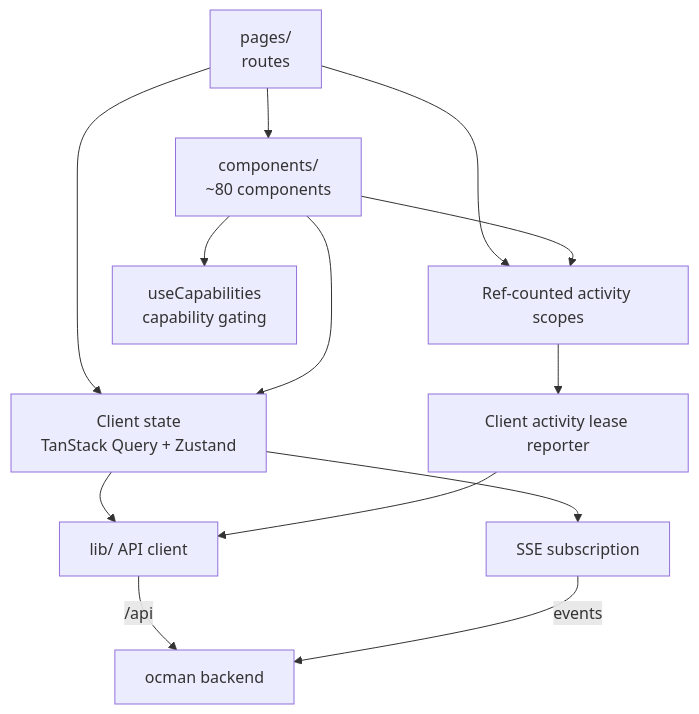
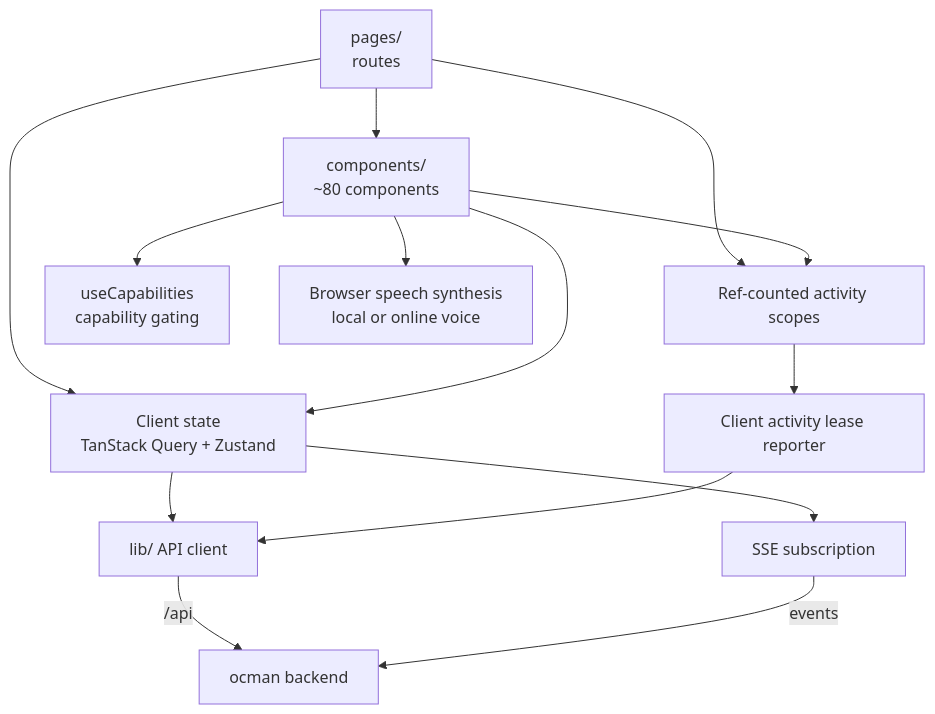
One commit to ocman/ocman changed the fifth of 5 diagrams in docs/other/architecture.md. Above: the diagram before and after it, drawn with Mermaid. The commit also changed other lines of this file and 15 other files, not shown here.

````diff
--- a/docs/other/architecture.md
+++ b/docs/other/architecture.md
@@ -283,15 +283,16 @@
 ```mermaid
 flowchart TD
     Pages[pages/<br/>routes] --> Comp[components/<br/>~80 components]
     Pages --> Stores[Client state<br/>TanStack Query + Zustand]
     Comp --> Stores
     Stores --> API[lib/ API client]
     Stores --> SSE[SSE subscription]
     Pages --> Scopes[Ref-counted activity scopes]
     Comp --> Scopes
     Scopes --> Reporter[Client activity lease reporter]
     Reporter --> API
     API -->|/api| Hub[ocman backend]
     SSE -->|events| Hub
     Comp --> Caps[useCapabilities<br/>capability gating]
+    Comp --> Speech[Browser speech synthesis<br/>local or online voice]
 ```
````
